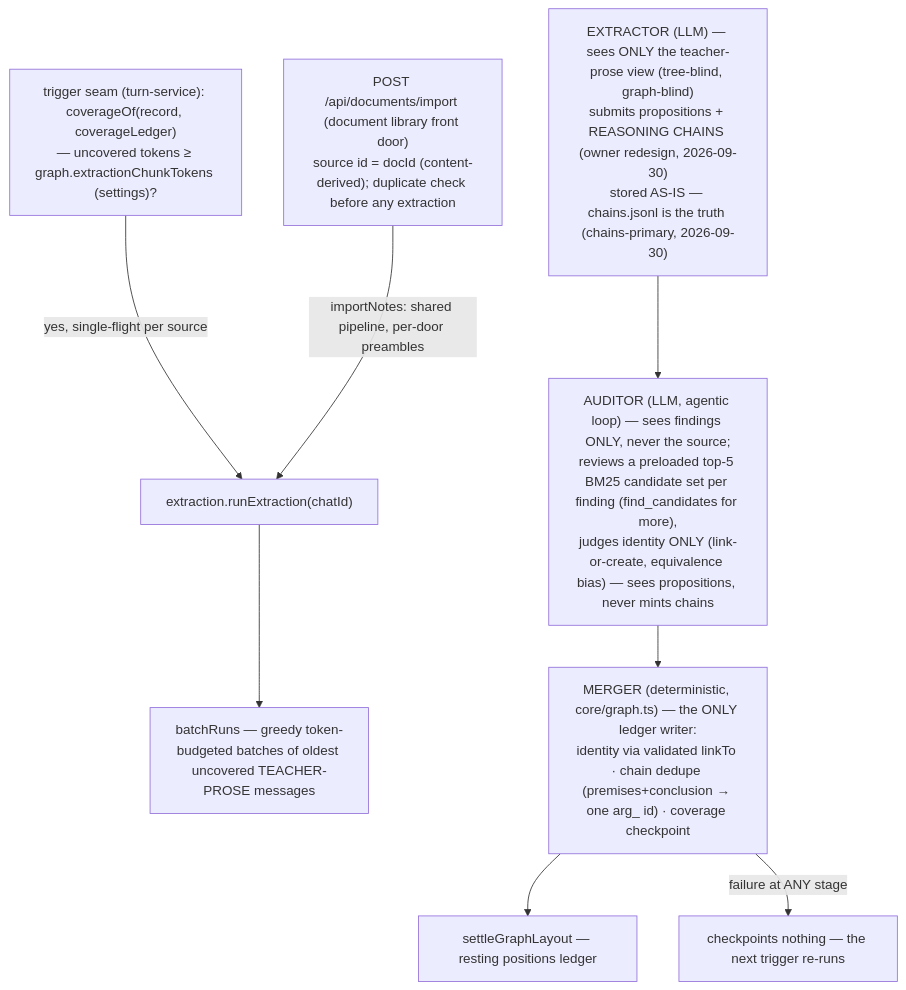
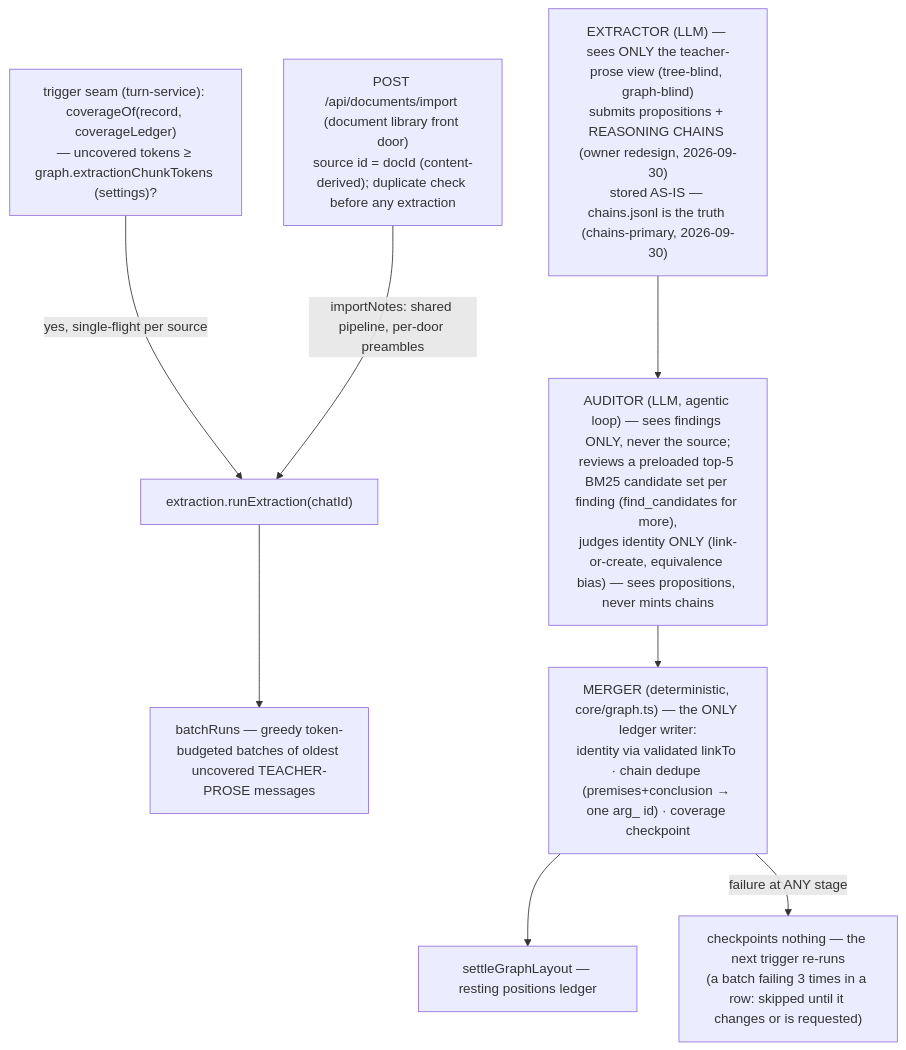
The sixth of 7 diagrams in docs/architecture.md (VileEnd/learnharness), drawn with Mermaid before and after one commit. The commit also changed other lines of this file and 9 other files, not shown here.

First line of the commit message:
Graph: chain simplification that cannot lose a derivation; audit lock; failing batches (0.60.0) (#92)

````diff
--- a/docs/architecture.md
+++ b/docs/architecture.md
@@ -406,11 +406,11 @@
 ```mermaid
 flowchart TB
     TRIG["trigger seam (turn-service): coverageOf(record, coverageLedger)<br/>— uncovered tokens ≥ graph.extractionChunkTokens (settings)?"] -->|"yes, single-flight per source"| RUN["extraction.runExtraction(chatId)"]
     IMPORT["POST /api/documents/import (document library front door)<br/>source id = docId (content-derived); duplicate check before any extraction"] -->|"importNotes: shared pipeline, per-door preambles"| RUN
     RUN --> BATCH["batchRuns — greedy token-budgeted batches of oldest uncovered TEACHER-PROSE messages"]
     EXT["EXTRACTOR (LLM) — sees ONLY the teacher-prose view (tree-blind, graph-blind)<br/>submits propositions + REASONING CHAINS (owner redesign, 2026-09-30)<br/>stored AS-IS — chains.jsonl is the truth (chains-primary, 2026-09-30)"]
     EXT --> AUD["AUDITOR (LLM, agentic loop) — sees findings ONLY, never the source;<br/>reviews a preloaded top-5 BM25 candidate set per finding (find_candidates for more),<br/>judges identity ONLY (link-or-create, equivalence bias) — sees propositions, never mints chains"]
     AUD --> MERGE["MERGER (deterministic, core/graph.ts) — the ONLY ledger writer:<br/>identity via validated linkTo · chain dedupe (premises+conclusion → one arg_ id) · coverage checkpoint"]
     MERGE --> SETTLE["settleGraphLayout — resting positions ledger"]
-    MERGE -->|"failure at ANY stage"| NOTHING["checkpoints nothing — the next trigger re-runs"]
+    MERGE -->|"failure at ANY stage"| NOTHING["checkpoints nothing — the next trigger re-runs<br/>(a batch failing 3 times in a row: skipped until it changes or is requested)"]
 ```
````
